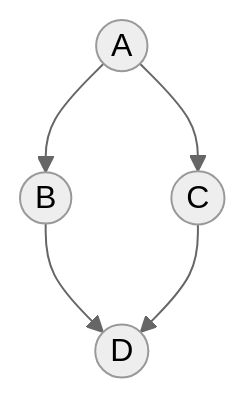
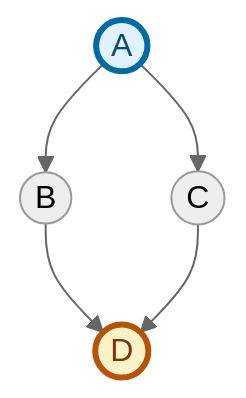
Before and after one commit to mebriki/graph-lab-py: the fourth of 4 diagrams in README.md, drawn with Mermaid (neutral theme). The commit also changed other lines of this file, not shown here.

Commit message:
Improve README graph visualizations and highlight shortest path

````diff
--- a/README.md
+++ b/README.md
@@ -97,7 +125,12 @@
 ```mermaid
 graph TD
 	A((A)) --> B((B))
 	A --> C((C))
 	B --> D((D))
 	C --> D
+
+	classDef source fill:#e0f2fe,stroke:#0369a1,stroke-width:3px,color:#0c4a6e;
+	classDef target fill:#fef3c7,stroke:#b45309,stroke-width:3px,color:#78350f;
+	class A source;
+	class D target;
 ```
````
